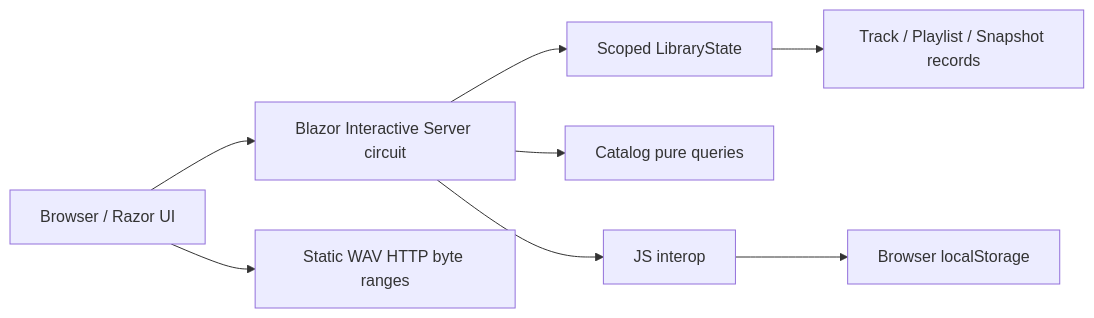
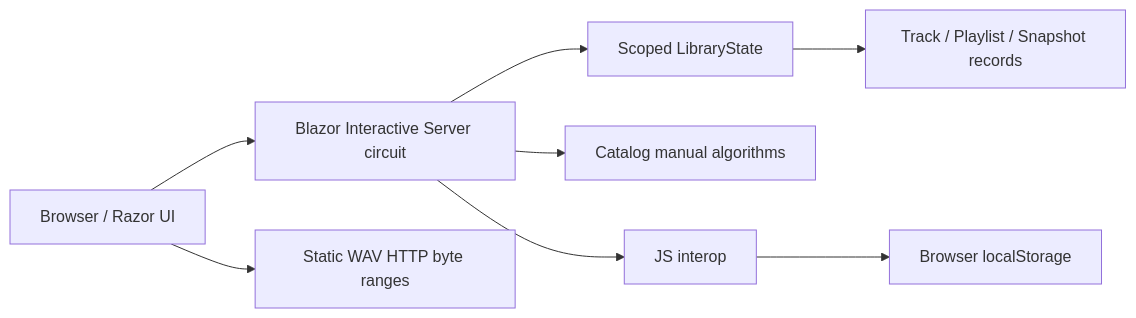
One commit to achaka119/TuneFlow changed the diagram in docs/ARCHITECTURE.md. Above: the diagram before and after it, drawn with Mermaid. The commit also changed other lines of this file and 21 other files, not shown here.

````diff
--- a/docs/ARCHITECTURE.md
+++ b/docs/ARCHITECTURE.md
@@ -5,10 +5,10 @@
 ```mermaid
 flowchart LR
  Browser[Browser / Razor UI] --> Circuit[Blazor Interactive Server circuit]
  Circuit --> State[Scoped LibraryState]
- Circuit --> Catalog[Catalog pure queries]
+ Circuit --> Catalog[Catalog manual algorithms]
  State --> Domain[Track / Playlist / Snapshot records]
  Browser --> Audio[Static WAV HTTP byte ranges]
  Circuit --> JS[JS interop]
  JS --> Storage[Browser localStorage]
 ```
````
